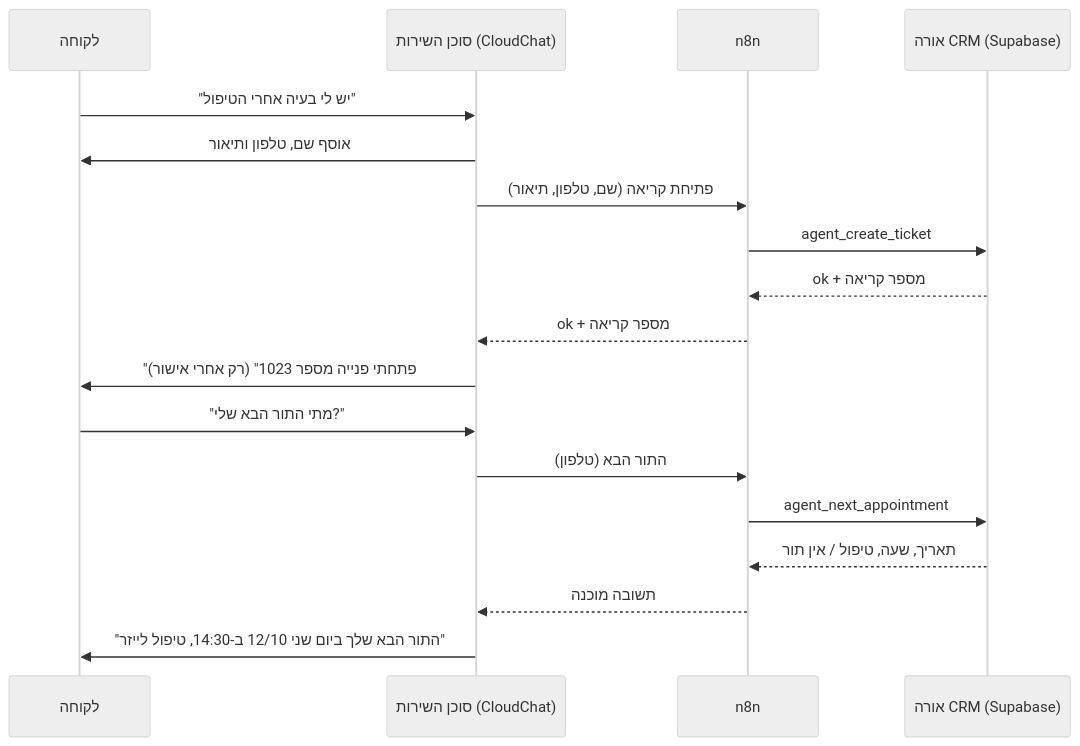
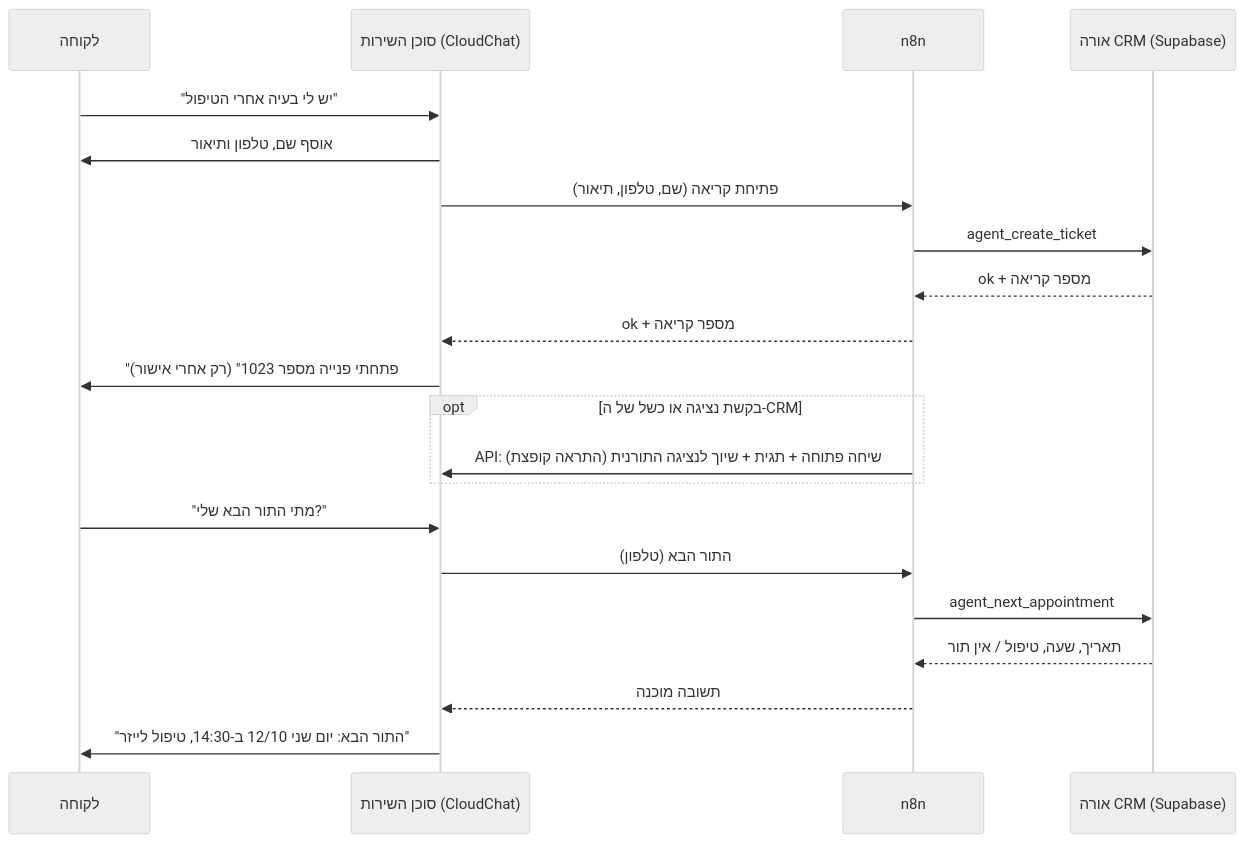
The fifth of 5 diagrams in docs/PRD.md (SanityBox/clinic-ora-crm), drawn with Mermaid (neutral theme) before and after one commit. The commit also changed other lines of this file and 5 other files, not shown here.

````diff
--- a/docs/PRD.md
+++ b/docs/PRD.md
@@ -690,20 +690,23 @@
 ```mermaid
 sequenceDiagram
     participant L as לקוחה
     participant S as סוכן השירות (CloudChat)
     participant N as n8n
     participant D as אורה CRM (Supabase)
     L->>S: "יש לי בעיה אחרי הטיפול"
     S->>L: אוסף שם, טלפון ותיאור
     S->>N: פתיחת קריאה (שם, טלפון, תיאור)
     N->>D: agent_create_ticket
     D-->>N: ok + מספר קריאה
     N-->>S: ok + מספר קריאה
     S->>L: "פתחתי פנייה מספר 1023" (רק אחרי אישור)
+    opt בקשת נציגה או כשל של ה-CRM
+        N->>S: API: שיחה פתוחה + תגית + שיוך לנציגה התורנית (התראה קופצת)
+    end
     L->>S: "מתי התור הבא שלי?"
     S->>N: התור הבא (טלפון)
     N->>D: agent_next_appointment
     D-->>N: תאריך, שעה, טיפול / אין תור
     N-->>S: תשובה מוכנה
-    S->>L: "התור הבא שלך ביום שני 12/10 ב-14:30, טיפול לייזר"
+    S->>L: "התור הבא: יום שני 12/10 ב-14:30, טיפול לייזר"
 ```
````
